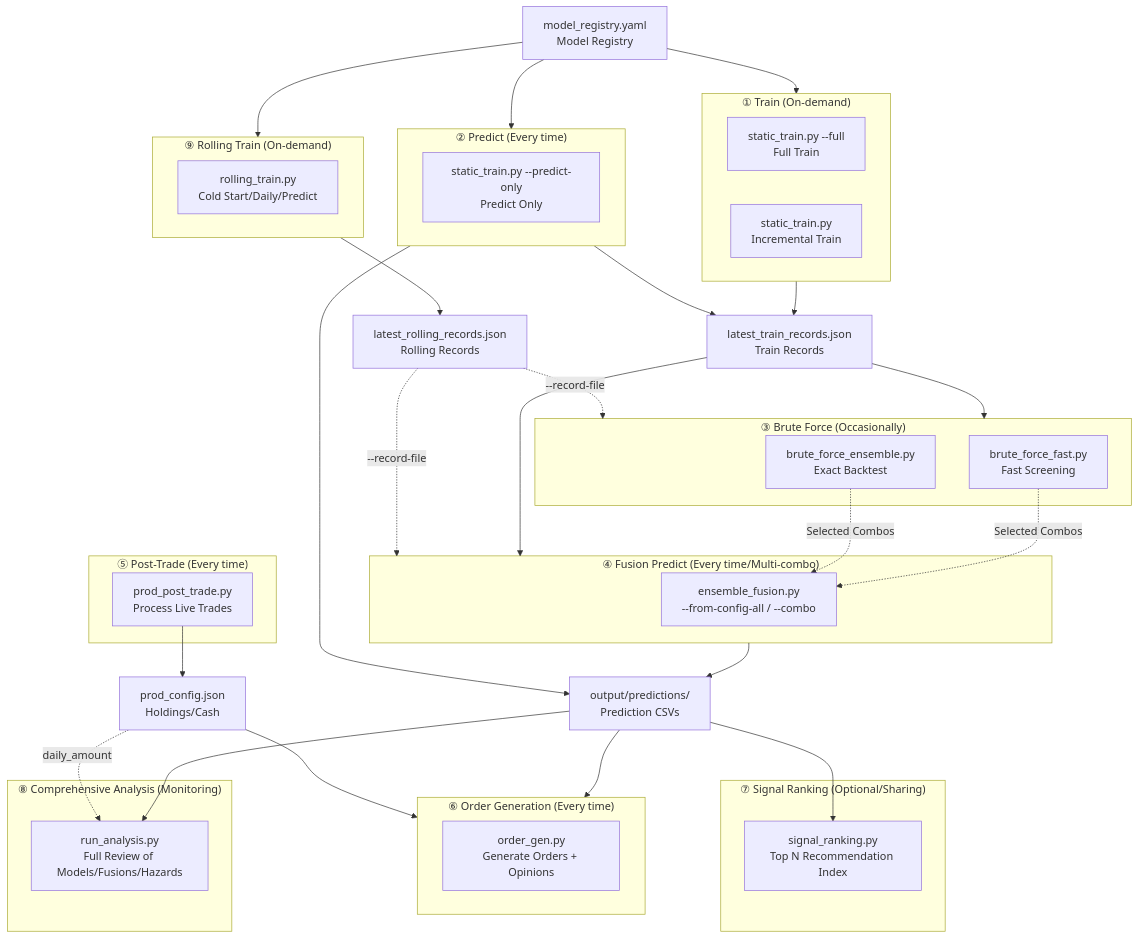
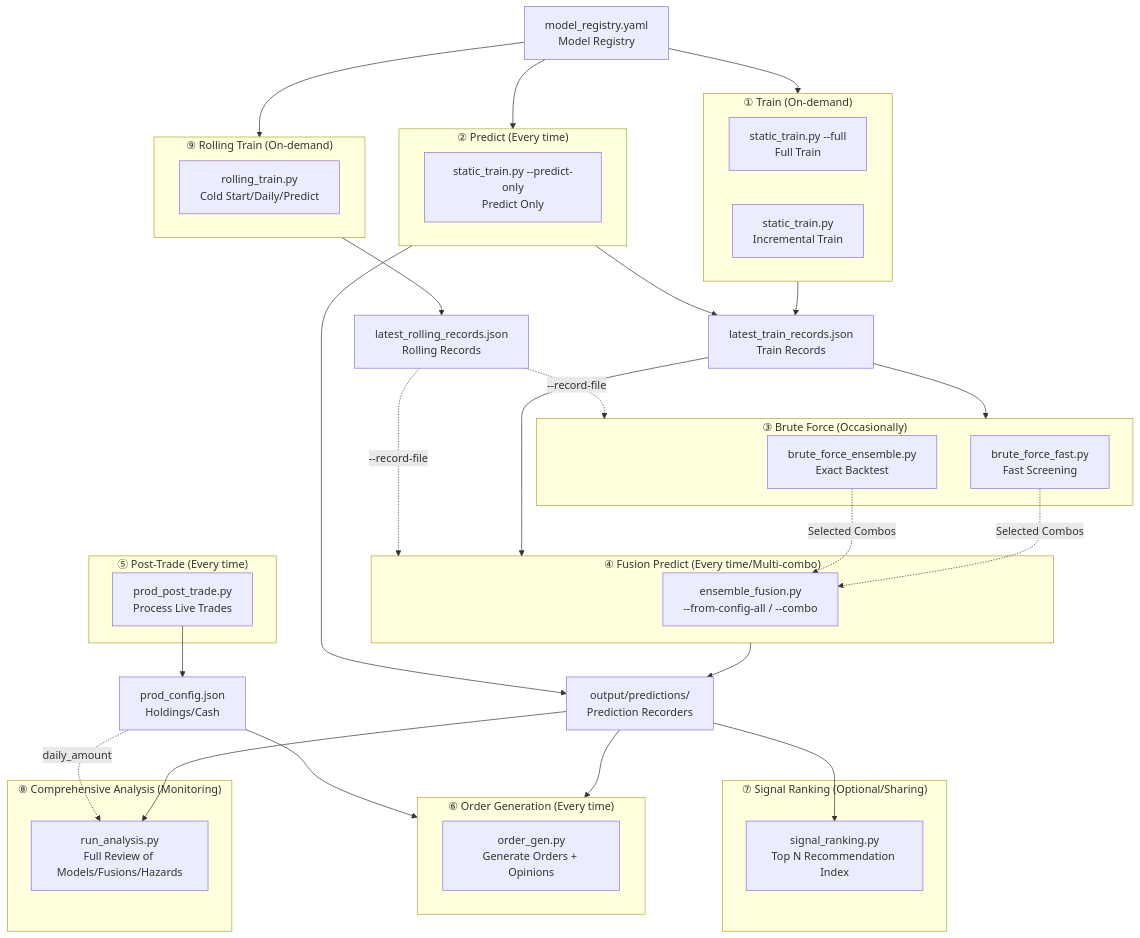
One commit to DarkLink/QuantPits changed the diagram in docs/en/00_SYSTEM_OVERVIEW.md. Above: the diagram before and after it, drawn with Mermaid. The commit also changed other lines of this file and 11 other files, not shown here.

Commit message:
Doc: removed all obsolete CSV prediction dependencies

````diff
--- a/docs/en/00_SYSTEM_OVERVIEW.md
+++ b/docs/en/00_SYSTEM_OVERVIEW.md
@@ -44,67 +44,67 @@
 ```mermaid
 flowchart TB
     subgraph TRAIN["① Train (On-demand)"]
         TP["static_train.py --full<br/>Full Train"]
         IT["static_train.py<br/>Incremental Train"]
     end
 
     subgraph ROLLING["⑨ Rolling Train (On-demand)"]
         RT["rolling_train.py<br/>Cold Start/Daily/Predict"]
     end
 
     subgraph PREDICT["② Predict (Every time)"]
         PO["static_train.py --predict-only<br/>Predict Only"]
     end
 
     subgraph BRUTEFORCE["③ Brute Force (Occasionally)"]
         BF["brute_force_ensemble.py<br/>Exact Backtest"]
         BFF["brute_force_fast.py<br/>Fast Screening"]
     end
 
     subgraph FUSION["④ Fusion Predict (Every time/Multi-combo)"]
         EF["ensemble_fusion.py<br/>--from-config-all / --combo"]
     end
 
     subgraph POSTTRADE["⑤ Post-Trade (Every time)"]
         PT["prod_post_trade.py<br/>Process Live Trades"]
     end
 
     subgraph ORDERGEN["⑥ Order Generation (Every time)"]
         OG["order_gen.py<br/>Generate Orders + Opinions"]
     end
 
     subgraph SIGNAL["⑦ Signal Ranking (Optional/Sharing)"]
         SR["signal_ranking.py<br/>Top N Recommendation Index"]
     end
 
     subgraph ANALYSIS["⑧ Comprehensive Analysis (Monitoring)"]
         AN["run_analysis.py<br/>Full Review of Models/Fusions/Hazards"]
     end
 
     REG["model_registry.yaml<br/>Model Registry"]
     LTR["latest_train_records.json<br/>Train Records"]
     LRR["latest_rolling_records.json<br/>Rolling Records"]
-    PRED_CSV["output/predictions/<br/>Prediction CSVs"]
+    PRED_REC["output/predictions/<br/>Prediction Recorders"]
     WC["prod_config.json<br/>Holdings/Cash"]
 
     REG --> TRAIN
     REG --> PREDICT
     REG --> ROLLING
     TRAIN --> LTR
     PREDICT --> LTR
     ROLLING --> LRR
     LTR --> BRUTEFORCE
     LTR --> FUSION
     LRR -.->|--record-file| BRUTEFORCE
     LRR -.->|--record-file| FUSION
-    FUSION --> PRED_CSV
-    PREDICT --> PRED_CSV
-    PRED_CSV --> ORDERGEN
-    PRED_CSV --> SR
-    PRED_CSV --> AN
+    FUSION --> PRED_REC
+    PREDICT --> PRED_REC
+    PRED_REC --> ORDERGEN
+    PRED_REC --> SR
+    PRED_REC --> AN
     PT --> WC
     WC --> ORDERGEN
     WC -.->|daily_amount| AN
     BFF -.->|Selected Combos| EF
     BF -.->|Selected Combos| EF
 ```
````
